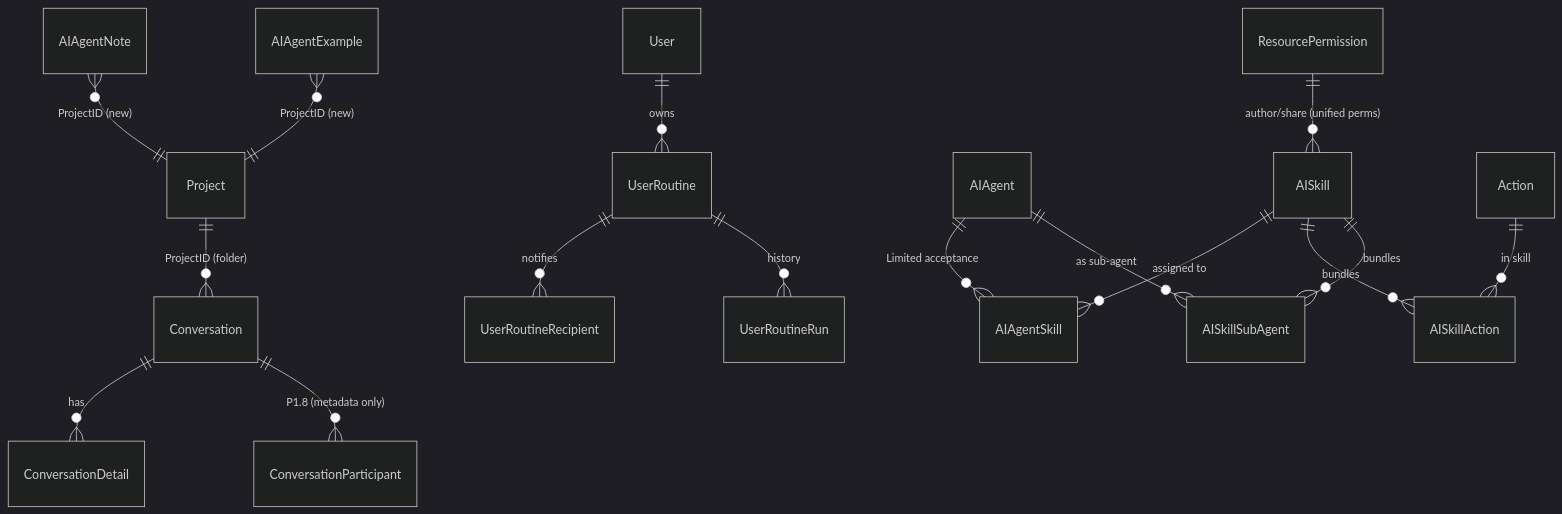
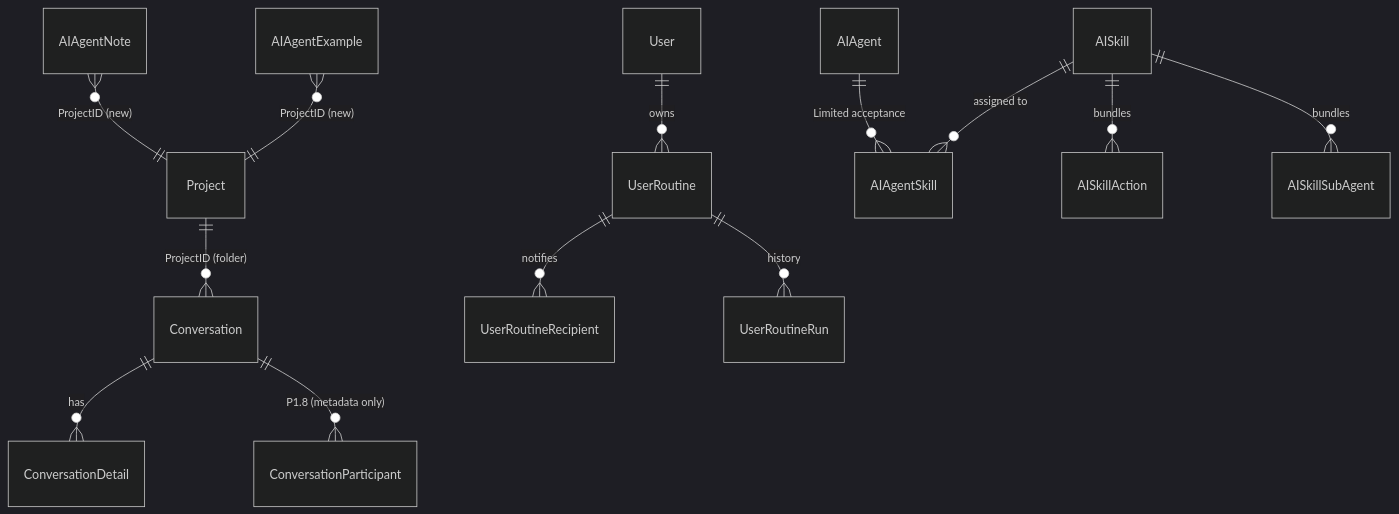
One commit to MemberJunction/MJ changed the second of 9 diagrams in plans/conversations-mega-phase-1-wbs.md. Above: the diagram before and after it, drawn with Mermaid (dark theme). The commit also changed other lines of this file, not shown here.

````diff
--- a/plans/conversations-mega-phase-1-wbs.md
+++ b/plans/conversations-mega-phase-1-wbs.md
@@ -120,18 +117,15 @@
 ```mermaid
 erDiagram
   Project ||--o{ Conversation : "ProjectID (folder)"
   Conversation ||--o{ ConversationDetail : has
   Conversation ||--o{ ConversationParticipant : "P1.8 (metadata only)"
   User ||--o{ UserRoutine : owns
-  UserRoutine ||--o{ UserRoutineRecipient : "notifies"
-  UserRoutine ||--o{ UserRoutineRun : "history"
+  UserRoutine ||--o{ UserRoutineRecipient : notifies
+  UserRoutine ||--o{ UserRoutineRun : history
   AIAgent ||--o{ AIAgentSkill : "Limited acceptance"
   AISkill ||--o{ AIAgentSkill : "assigned to"
   AISkill ||--o{ AISkillAction : bundles
   AISkill ||--o{ AISkillSubAgent : bundles
-  Action ||--o{ AISkillAction : "in skill"
-  AIAgent ||--o{ AISkillSubAgent : "as sub-agent"
   AIAgentNote }o--|| Project : "ProjectID (new)"
   AIAgentExample }o--|| Project : "ProjectID (new)"
-  ResourcePermission ||--o{ AISkill : "author/share (unified perms)"
 ```
````
